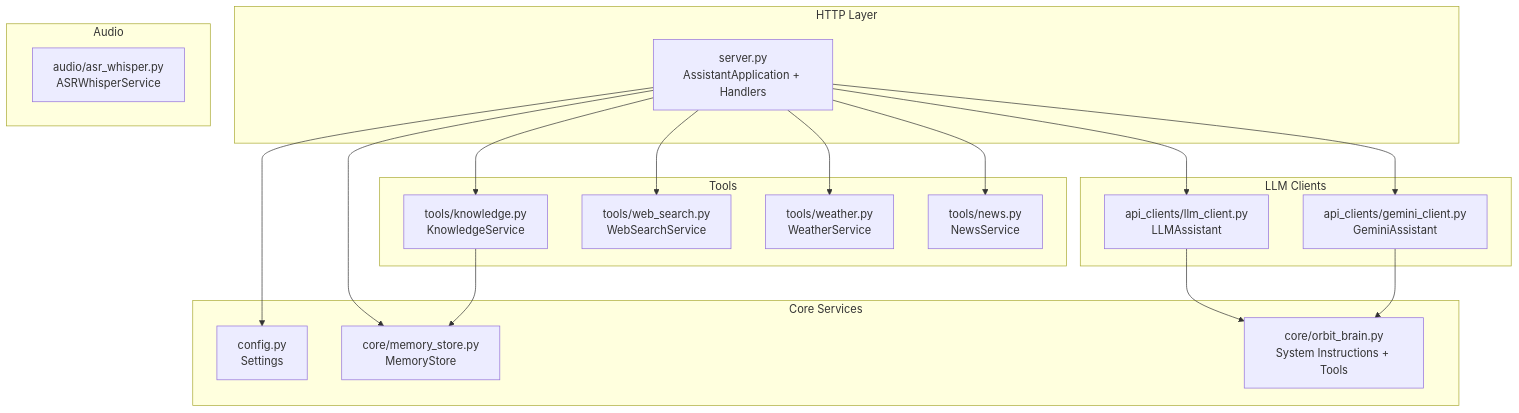
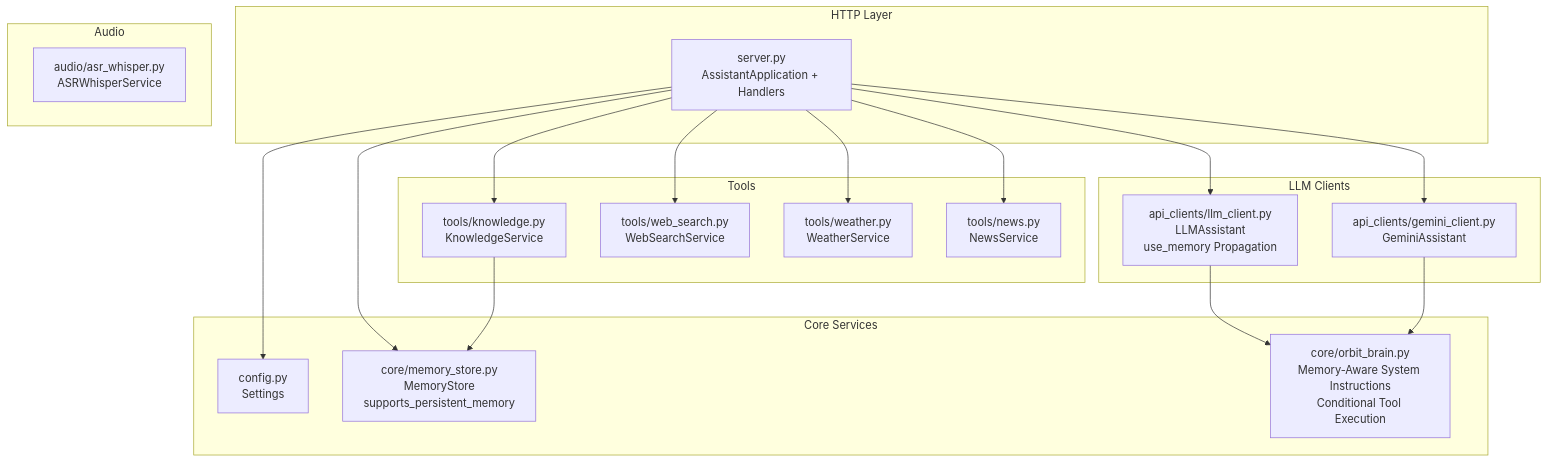
Before and after one commit to Sovetsky-Soyuz/AI-Assistant: the first of 11 diagrams in .qoder/repowiki/en/content/System Architecture/Backend Architecture/Backend Architecture.md, drawn with Mermaid. The commit also changed other lines of this file and 15 other files, not shown here.

````diff
--- a/.qoder/repowiki/en/content/System Architecture/Backend Architecture/Backend Architecture.md
+++ b/.qoder/repowiki/en/content/System Architecture/Backend Architecture/Backend Architecture.md
@@ -43,35 +53,35 @@
 ```mermaid
 graph TB
 subgraph "HTTP Layer"
 S["server.py<br/>AssistantApplication + Handlers"]
 end
 subgraph "Core Services"
 CFG["config.py<br/>Settings"]
-MS["core/memory_store.py<br/>MemoryStore"]
-OB["core/orbit_brain.py<br/>System Instructions + Tools"]
+MS["core/memory_store.py<br/>MemoryStore<br/>supports_persistent_memory"]
+OB["core/orbit_brain.py<br/>Memory-Aware System Instructions<br/>Conditional Tool Execution"]
 end
 subgraph "LLM Clients"
-LLM["api_clients/llm_client.py<br/>LLMAssistant"]
+LLM["api_clients/llm_client.py<br/>LLMAssistant<br/>use_memory Propagation"]
 GEM["api_clients/gemini_client.py<br/>GeminiAssistant"]
 end
 subgraph "Tools"
 KB["tools/knowledge.py<br/>KnowledgeService"]
 WS["tools/web_search.py<br/>WebSearchService"]
 WTHR["tools/weather.py<br/>WeatherService"]
 NEWS["tools/news.py<br/>NewsService"]
 end
 subgraph "Audio"
 ASR["audio/asr_whisper.py<br/>ASRWhisperService"]
 end
 S --> CFG
 S --> MS
 S --> KB
 S --> WS
 S --> WTHR
 S --> NEWS
 S --> LLM
 S --> GEM
 LLM --> OB
 GEM --> OB
 KB --> MS
 ```
````
